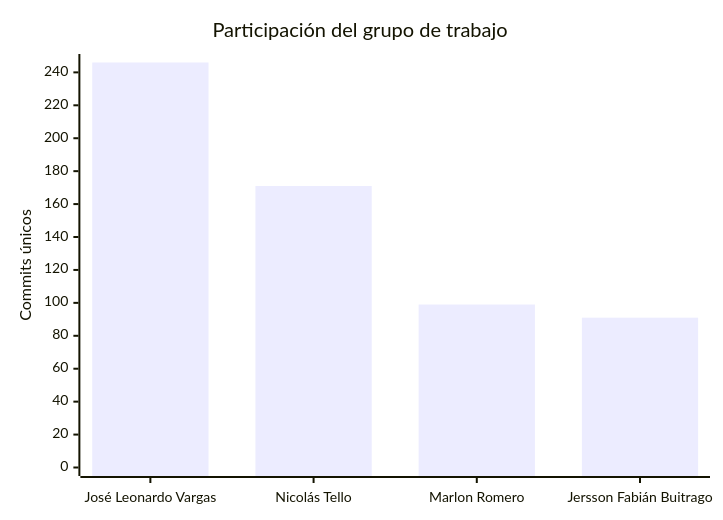
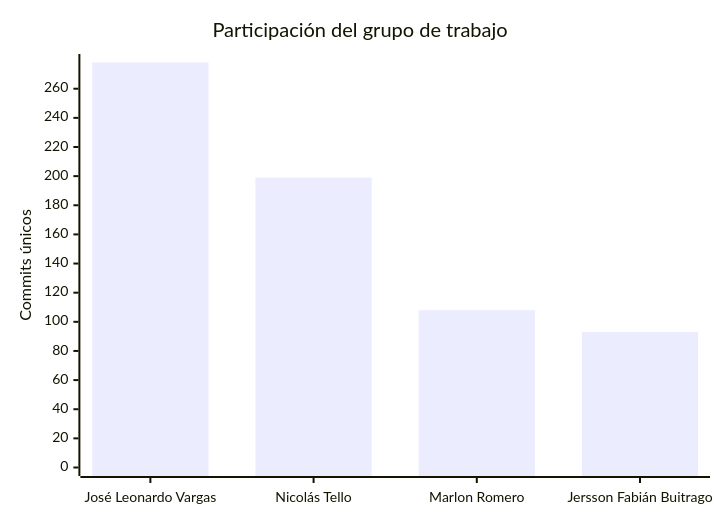
Before and after one commit to FarmaExpres/FarmaExpres: the second of 2 diagrams in README.md, drawn with Mermaid. The commit also changed other lines of this file and 1 other file, not shown here.

````diff
--- a/README.md
+++ b/README.md
@@ -403,7 +403,7 @@
 ```mermaid
 xychart-beta
     title "Participación del grupo de trabajo"
     x-axis ["José Leonardo Vargas", "Nicolás Tello", "Marlon Romero", "Jersson Fabián Buitrago"]
-    y-axis "Commits únicos" 0 --> 246
-    bar [246, 171, 99, 91]
+    y-axis "Commits únicos" 0 --> 278
+    bar [278, 199, 108, 93]
 ```
````
